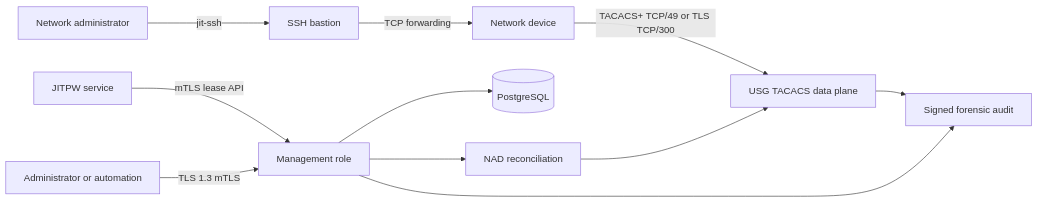
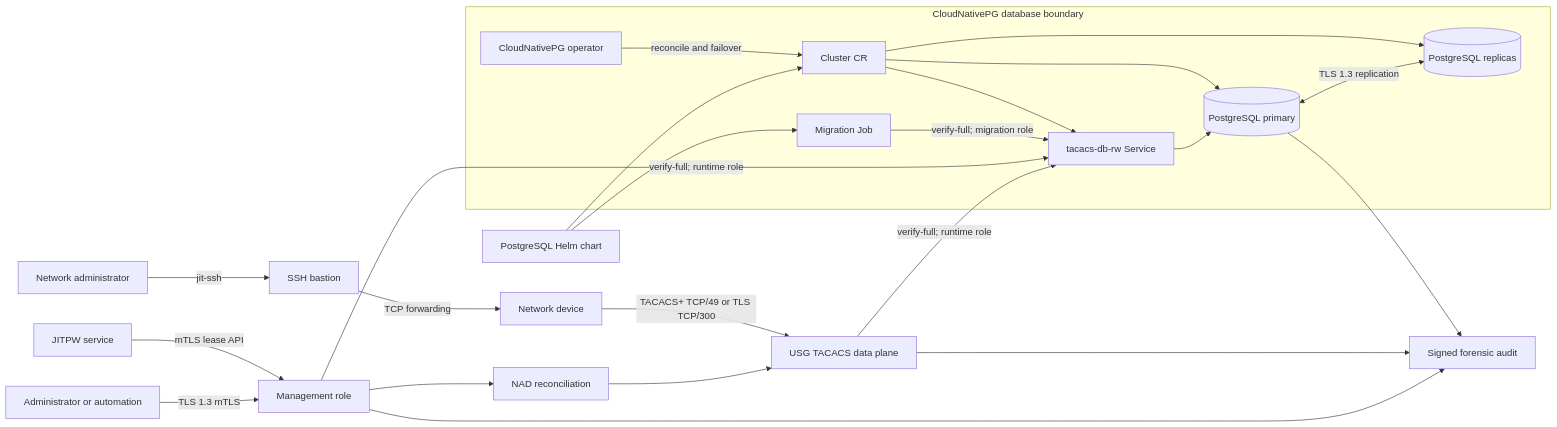
One commit to 192d-Wing/usg-tacacs changed the diagram in docs/docs/index.md. Above: the diagram before and after it, drawn with Mermaid. The commit also changed other lines of this file and 1 other file, not shown here.

Commit message:
docs(architecture): show CloudNativePG deployment

````diff
--- a/docs/docs/index.md
+++ b/docs/docs/index.md
@@ -60,13 +60,34 @@
 ```mermaid
 flowchart LR
     User["Network administrator"] -->|"jit-ssh"| Bastion["SSH bastion"]
     Bastion -->|"TCP forwarding"| NAD["Network device"]
     NAD -->|"TACACS+ TCP/49 or TLS TCP/300"| DataPlane["USG TACACS data plane"]
     JITPW["JITPW service"] -->|"mTLS lease API"| Management["Management role"]
     Admin["Administrator or automation"] -->|"TLS 1.3 mTLS"| Management
-    Management --> DB[("PostgreSQL")]
     Management --> Reconcile["NAD reconciliation"]
     Reconcile --> DataPlane
-    DataPlane --> Audit["Signed forensic audit"]
+
+    subgraph CNPG["CloudNativePG database boundary"]
+        ClusterCR["Cluster CR"]
+        Operator["CloudNativePG operator"]
+        RW["tacacs-db-rw Service"]
+        Primary[("PostgreSQL primary")]
+        Replicas[("PostgreSQL replicas")]
+        Migration["Migration Job"]
+        Operator -->|"reconcile and failover"| ClusterCR
+        ClusterCR --> RW
+        ClusterCR --> Primary
+        ClusterCR --> Replicas
+        RW --> Primary
+        Primary <-->|"TLS 1.3 replication"| Replicas
+        Migration -->|"verify-full; migration role"| RW
+    end
+
+    Management -->|"verify-full; runtime role"| RW
+    DataPlane -->|"verify-full; runtime role"| RW
+    DBChart["PostgreSQL Helm chart"] --> ClusterCR
+    DBChart --> Migration
+    Primary --> Audit["Signed forensic audit"]
+        DataPlane --> Audit
     Management --> Audit
 ```
````
